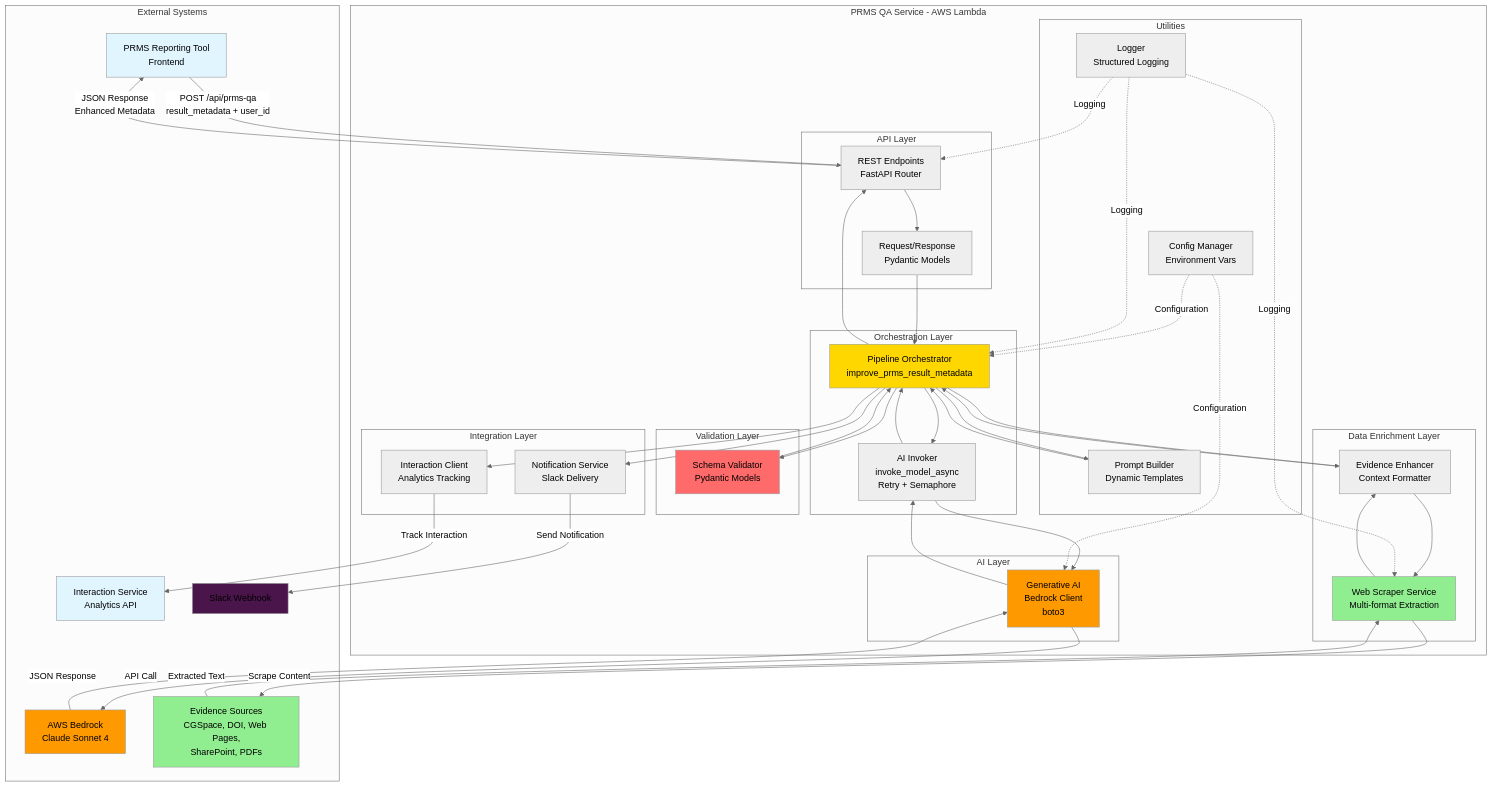
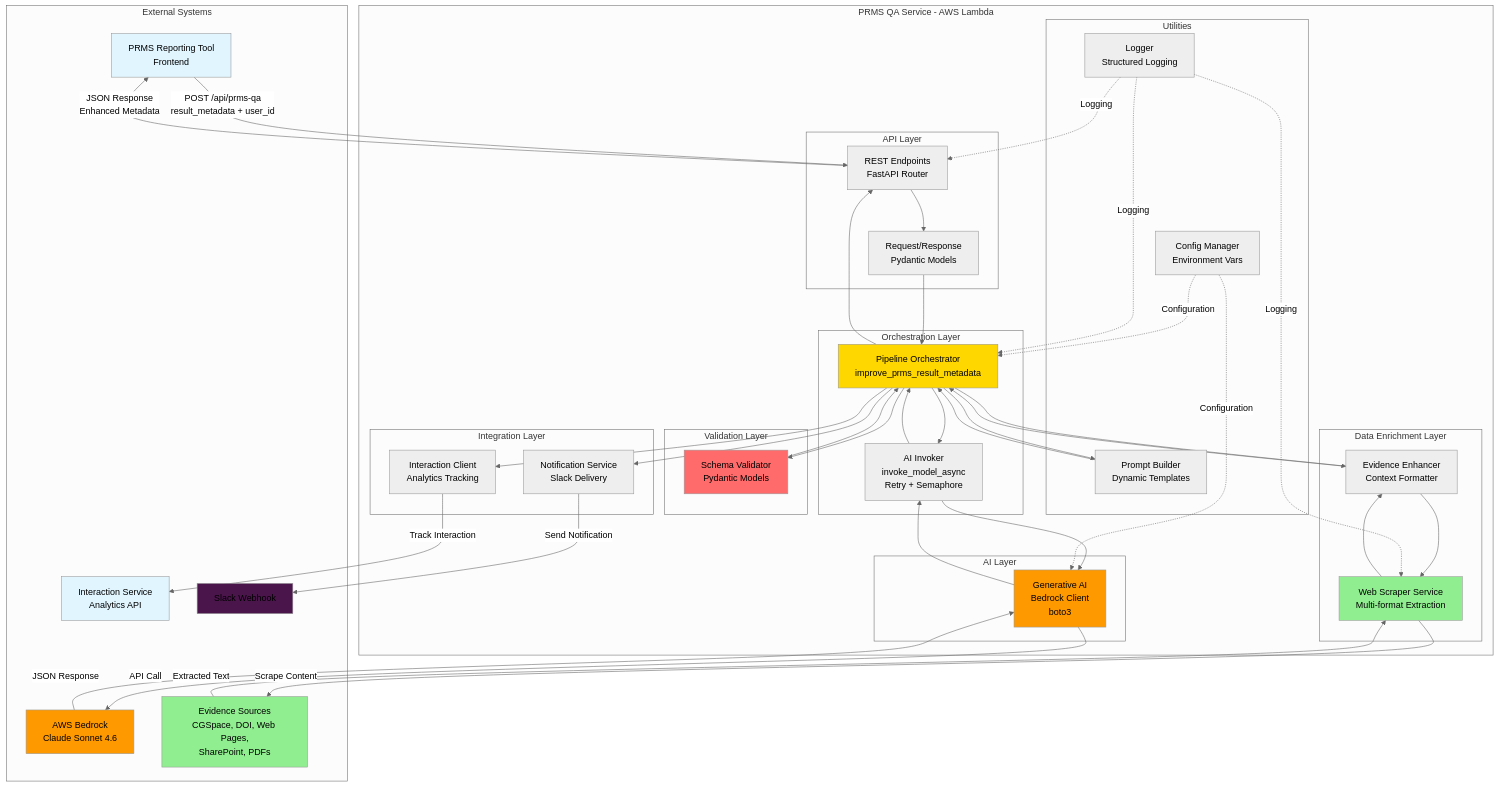
Before and after one commit to AllianceBioversityCIAT/ai-services: the first of 2 diagrams in qa-service/docs/HIGH_LEVEL_DESIGN.md, drawn with Mermaid (neutral theme). The commit also changed other lines of this file and 2 other files, not shown here.

Commit message:
🔧 chore(qa-service): change LLM model from claude sonnet 4 to claude sonnet 4.6

```diff
--- a/qa-service/docs/HIGH_LEVEL_DESIGN.md
+++ b/qa-service/docs/HIGH_LEVEL_DESIGN.md
@@ -291,7 +291,7 @@
 graph TB
     subgraph "External Systems"
         PRMS[PRMS Reporting Tool<br/>Frontend]
-        Bedrock[AWS Bedrock<br/>Claude Sonnet 4]
+        Bedrock[AWS Bedrock<br/>Claude Sonnet 4.6]
         InteractionSvc[Interaction Service<br/>Analytics API]
         Slack[Slack Webhook]
         EvidenceSources[Evidence Sources<br/>CGSpace, DOI, Web Pages,<br/>SharePoint, PDFs]
```
